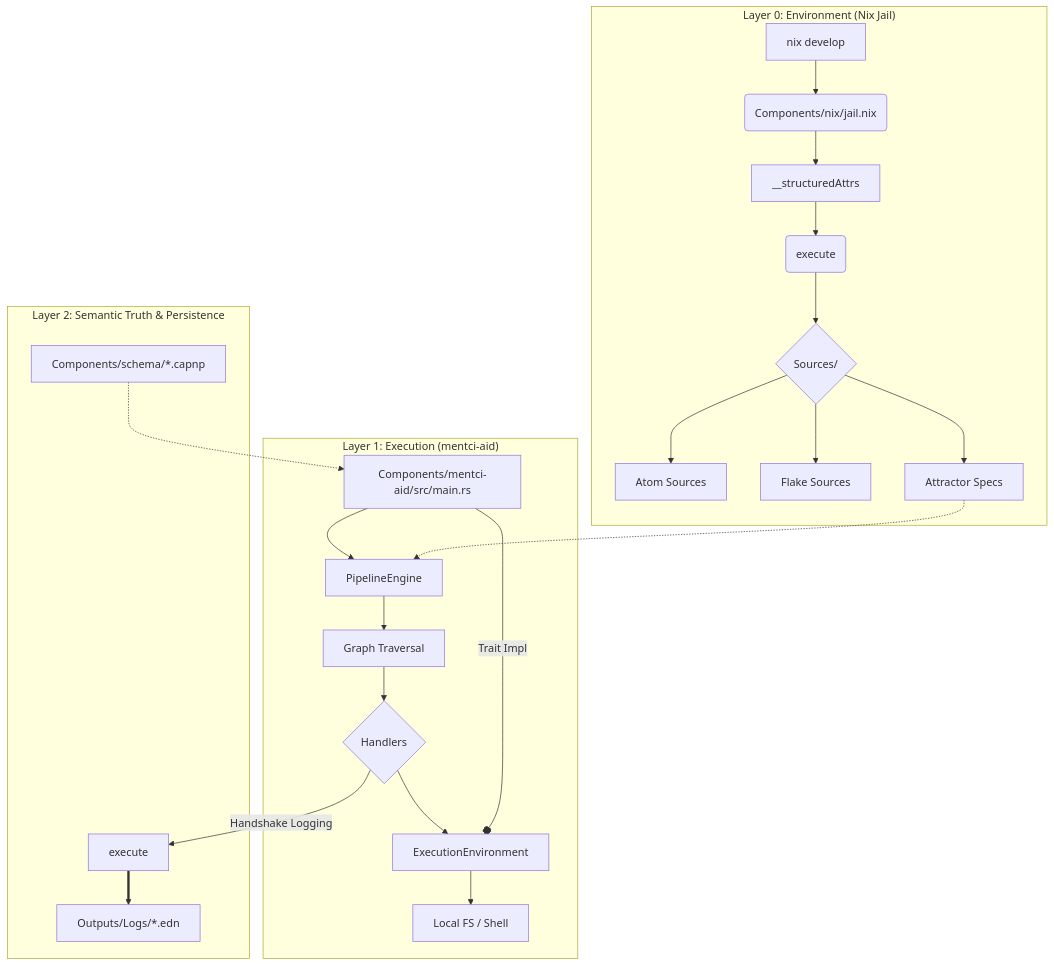
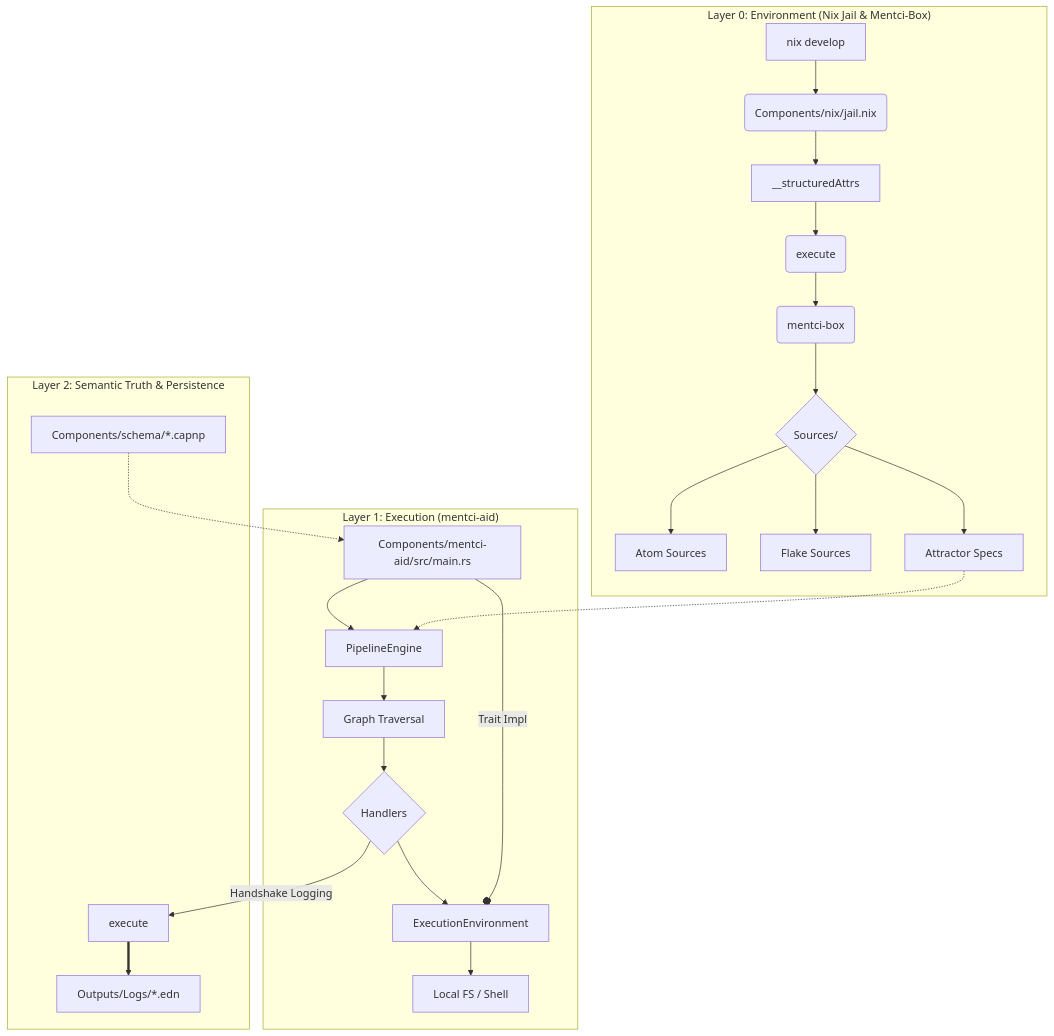
Before and after one commit to LiGoldragon/Mentci-AI: the diagram in Library/architecture/ArchitectureMap.md, drawn with Mermaid. The commit also changed 7 other files, not shown here.

First line of the commit message:
session: implement mentci-box default package and getting started guide solar: ♓︎6°7'37" | 5919 AM

````diff
--- a/Library/architecture/ArchitectureMap.md
+++ b/Library/architecture/ArchitectureMap.md
@@ -5,29 +5,30 @@
 ```mermaid
 graph TD
-    subgraph "Layer 0: Environment (Nix Jail)"
+    subgraph "Layer 0: Environment (Nix Jail & Mentci-Box)"
         A[nix develop] --> B(Components/nix/jail.nix)
         B --> C[__structuredAttrs]
         C --> D(execute)
-        D --> E{Sources/}
+        D --> MB(mentci-box)
+        MB --> E{Sources/}
         E --> E1[Atom Sources]
         E --> E2[Flake Sources]
         E --> E3[Attractor Specs]
     end
 
     subgraph "Layer 1: Execution (mentci-aid)"
         F[Components/mentci-aid/src/main.rs] --> G[PipelineEngine]
         G --> H[Graph Traversal]
         H --> I{Handlers}
         I --> J[ExecutionEnvironment]
         J --> K[Local FS / Shell]
     end
 
     subgraph "Layer 2: Semantic Truth & Persistence"
         L[Components/schema/*.capnp] -.-> F
         M[execute] ==> N[Outputs/Logs/*.edn]
         I -- Handshake Logging --> M
     end
 
     E3 -.-> G
     F -- Trait Impl --o J
 ```
````
